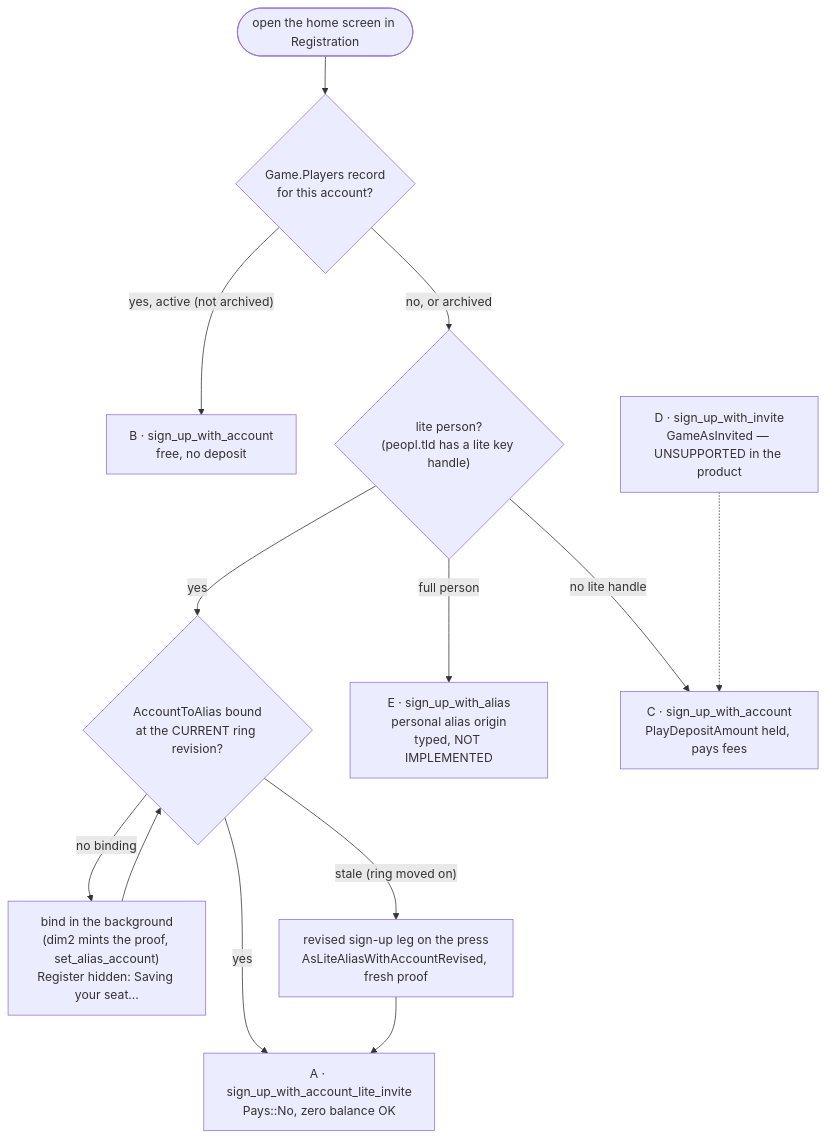
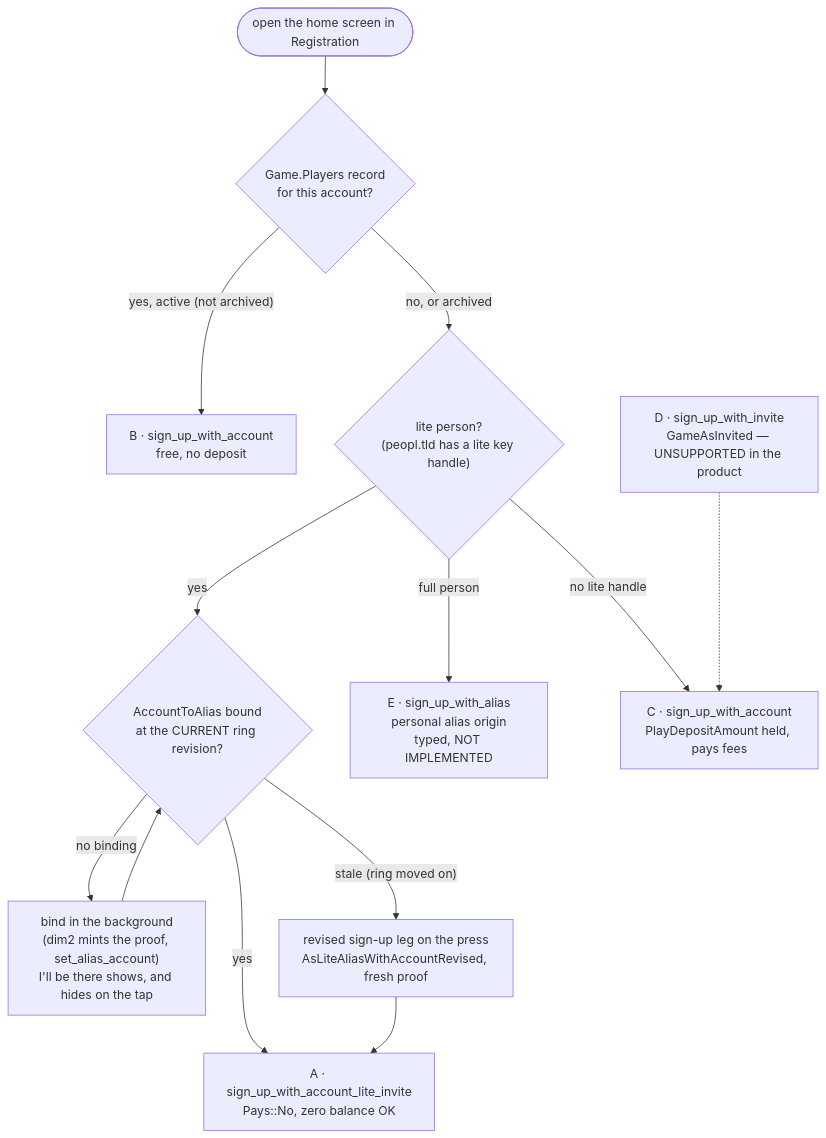
One commit to paritytech/individuality-apps changed the second of 4 diagrams in apps/jollity-app/CONTEXT.md. Above: the diagram before and after it, drawn with Mermaid. The commit also changed other lines of this file and 6 other files, not shown here.

First line of the commit message:
feat(jollity-app,individuality-sign-up): rename the home Register button to I'll be there and hide it on the tap (#70)

````diff
--- a/apps/jollity-app/CONTEXT.md
+++ b/apps/jollity-app/CONTEXT.md
@@ -109,13 +109,13 @@
 ```mermaid
 flowchart TD
   S([open the home screen in Registration]) --> R{Game.Players record<br/>for this account?}
   R -- "yes, active (not archived)" --> B["B · sign_up_with_account<br/>free, no deposit"]
   R -- "no, or archived" --> L{"lite person?<br/>(peopl.tld has a lite key handle)"}
   L -- yes --> SEAT{AccountToAlias bound<br/>at the CURRENT ring revision?}
   SEAT -- yes --> A["A · sign_up_with_account_lite_invite<br/>Pays::No, zero balance OK"]
-  SEAT -- "no binding" --> BIND["bind in the background<br/>(dim2 mints the proof, set_alias_account)<br/>Register hidden: Saving your seat…"] --> SEAT
+  SEAT -- "no binding" --> BIND["bind in the background<br/>(dim2 mints the proof, set_alias_account)<br/>I'll be there shows, and hides on the tap"] --> SEAT
   SEAT -- "stale (ring moved on)" --> REV["revised sign-up leg on the press<br/>AsLiteAliasWithAccountRevised, fresh proof"] --> A
   L -- "full person" --> E["E · sign_up_with_alias<br/>personal alias origin<br/>typed, NOT IMPLEMENTED"]
   L -- "no lite handle" --> C["C · sign_up_with_account<br/>PlayDepositAmount held, pays fees"]
   I["D · sign_up_with_invite<br/>GameAsInvited — UNSUPPORTED in the product"] -.-> C
 ```
````
